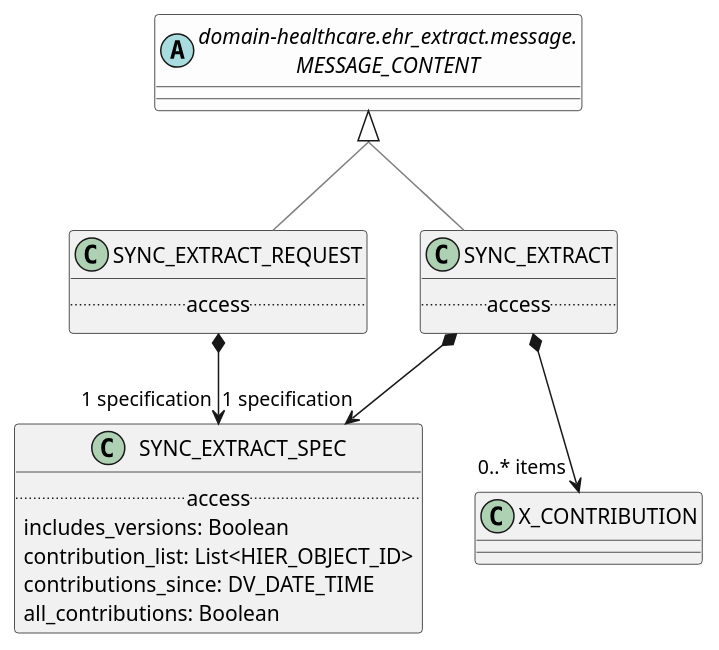
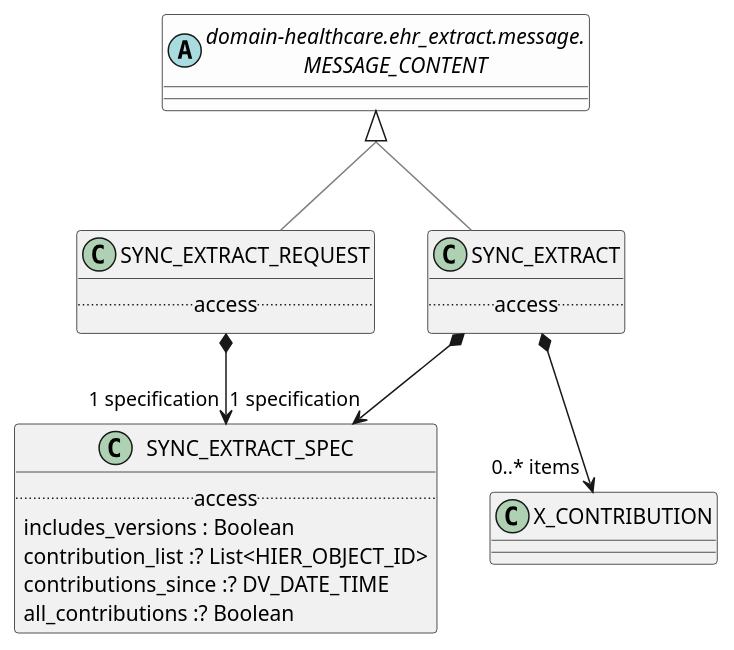
One commit to wolandscat/openehr-doc changed the diagram in modules/ROOT/examples/bmm/domain-healthcare/ehr_extract/sync_extract/sync_extract-package-uml.adoc. Above: the diagram before and after it, drawn with PlantUML. The commit also changed 1814 other files, not shown here.

```diff
--- a/modules/ROOT/examples/bmm/domain-healthcare/ehr_extract/sync_extract/sync_extract-package-uml.adoc
+++ b/modules/ROOT/examples/bmm/domain-healthcare/ehr_extract/sync_extract/sync_extract-package-uml.adoc
@@ -3,38 +3,37 @@
 [plantuml,opts=interactive,link=self]
 ....
 skinparam groupInheritance 2
 skinparam citedClassColor #FDFDFD
 
 
 class SYNC_EXTRACT [[/openehr-doc/latest/domain-healthcare/ehr_extract-gen.html#_class_sync_extract]] {
         .. access ..
 }
 
 SYNC_EXTRACT -[#gray]up-|> MESSAGE_CONTENT  
 
 
 SYNC_EXTRACT *--> "1 specification" SYNC_EXTRACT_SPEC
 
 SYNC_EXTRACT *--> "0..* items" X_CONTRIBUTION
 
 class SYNC_EXTRACT_REQUEST [[/openehr-doc/latest/domain-healthcare/ehr_extract-gen.html#_class_sync_extract_request]] {
         .. access ..
 }
 
 SYNC_EXTRACT_REQUEST -[#gray]up-|> MESSAGE_CONTENT  
 
 
 SYNC_EXTRACT_REQUEST *--> "1 specification" SYNC_EXTRACT_SPEC
 
 class SYNC_EXTRACT_SPEC [[/openehr-doc/latest/domain-healthcare/ehr_extract-gen.html#_class_sync_extract_spec]] {
         .. access ..
-        includes_versions: Boolean
-        contribution_list: List<HIER_OBJECT_ID>
-        contributions_since: DV_DATE_TIME
-        all_contributions: Boolean
+        includes_versions : Boolean
+        contribution_list :? List<HIER_OBJECT_ID>
+        contributions_since :? DV_DATE_TIME
+        all_contributions :? Boolean
 }
-
 abstract class "domain-healthcare.ehr_extract.message.\nMESSAGE_CONTENT" as MESSAGE_CONTENT  [[/openehr-doc/latest/domain-healthcare/ehr_extract-gen.html#_class_message_content]] #FDFDFD {
 }
 
 ....
```
